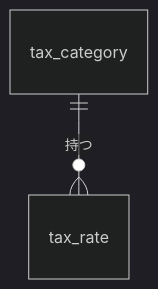
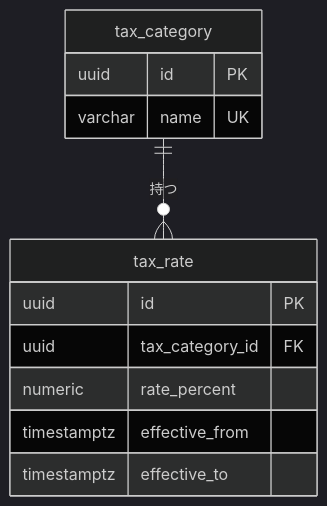
One commit to roger88106/ec-site changed the diagram in docs/03-機能仕様/tax.md. Above: the diagram before and after it, drawn with Mermaid (dark theme). The commit also changed 2 other files, not shown here.

Commit message:
docs: 税の ③ のデータモデルの図に列を描く（T326-07-09）
利用者が、税の図に列がないと指摘した。他のモジュールと同じく、主キー、外部キー、業務規則で触れる列（一意制約、率、適用期間）を描いた。会員の図は、マイグレーションの 3 つの列を全て描いていたので変えていない。
雛形の「データモデル」に、描く列の範囲（主キー、外部キー、業務規則で触れる列。全ての列でなくてよい）を書いた。

````diff
--- a/docs/03-機能仕様/tax.md
+++ b/docs/03-機能仕様/tax.md
@@ -60,4 +60,15 @@
 ```mermaid
 erDiagram
+    tax_category {
+        uuid id PK
+        varchar name UK
+    }
+    tax_rate {
+        uuid id PK
+        uuid tax_category_id FK
+        numeric rate_percent
+        timestamptz effective_from
+        timestamptz effective_to
+    }
     tax_category ||--o{ tax_rate : "持つ"
 ```
````
